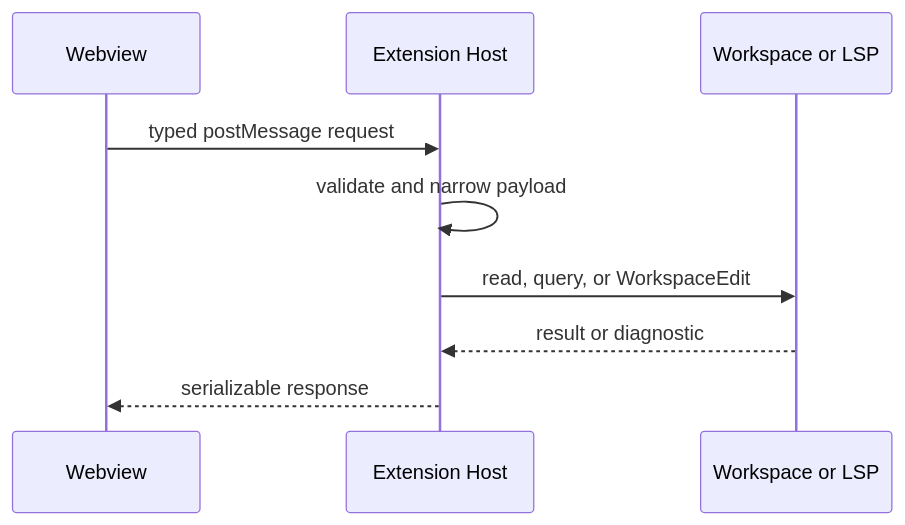
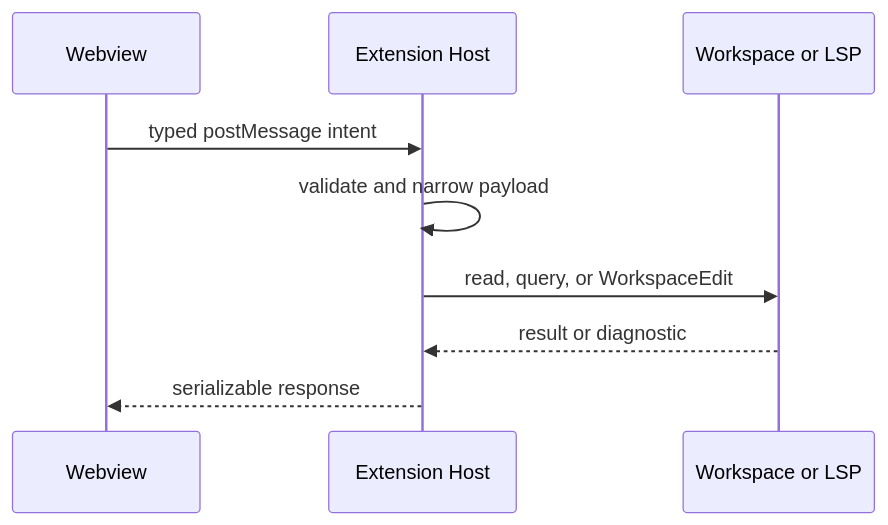
Before and after one commit to Aa728848/cwtools-vscode: the third of 12 diagrams in ARCHITECTURE.md, drawn with Mermaid. The commit also changed other lines of this file and 76 other files, not shown here.

````diff
--- a/ARCHITECTURE.md
+++ b/ARCHITECTURE.md
@@ -92,12 +82,12 @@
 ```mermaid
 sequenceDiagram
     participant W as Webview
     participant H as Extension Host
     participant F as Workspace or LSP
 
-    W->>H: typed postMessage request
+    W->>H: typed postMessage intent
     H->>H: validate and narrow payload
     H->>F: read, query, or WorkspaceEdit
     F-->>H: result or diagnostic
     H-->>W: serializable response
 ```
````
